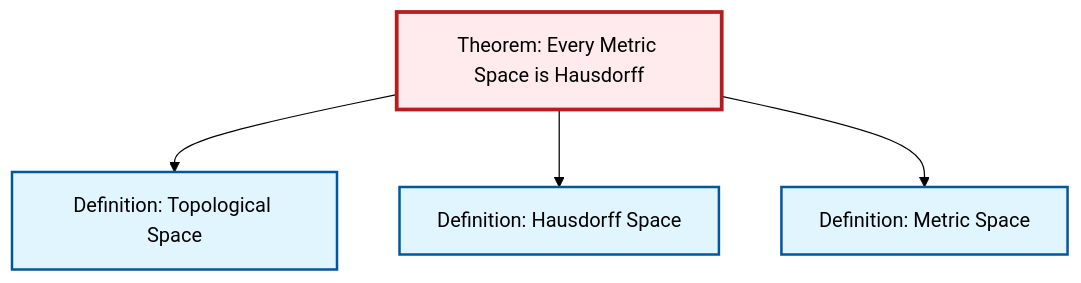
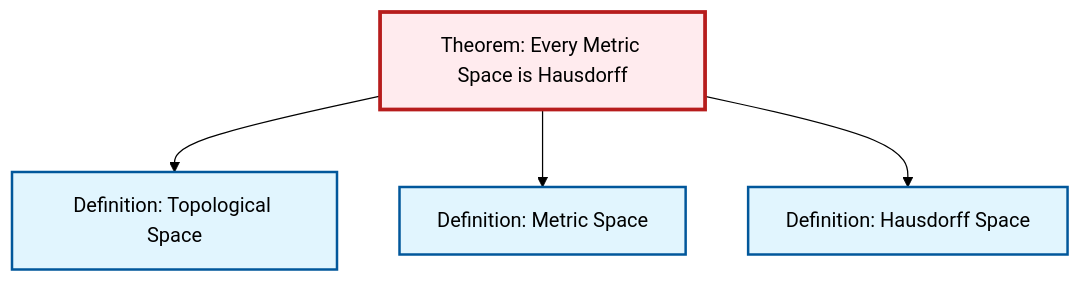
One commit to RK0429/ModernMath changed the diagram in content/en/topology/thm-metric-hausdorff.qmd. Above: the diagram before and after it, drawn with Mermaid (forest theme). The commit also changed other lines of this file and 474 other files, not shown here.

````diff
--- a/content/en/topology/thm-metric-hausdorff.qmd
+++ b/content/en/topology/thm-metric-hausdorff.qmd
@@ -62,20 +62,20 @@
 ```{mermaid}
 %%| fig-cap: "Local dependency graph"
 graph TD
     classDef definition fill:#e1f5fe,stroke:#01579b,stroke-width:2px
     classDef theorem fill:#f3e5f5,stroke:#4a148c,stroke-width:2px
     classDef axiom fill:#fff3e0,stroke:#e65100,stroke-width:2px
     classDef example fill:#e8f5e9,stroke:#1b5e20,stroke-width:2px
     classDef current fill:#ffebee,stroke:#b71c1c,stroke-width:3px
+    def-hausdorff["Definition: Hausdorff Space"]:::definition
+    def-metric-space["Definition: Metric Space"]:::definition
+    thm-metric-hausdorff["Theorem: Every Metric Space is Hausdorff"]:::theorem
     def-topological-space["Definition: Topological Space"]:::definition
-    def-hausdorff["Definition: Hausdorff Space"]:::definition
-    thm-metric-hausdorff["Theorem: Every Metric Space is Hausdorff"]:::theorem
-    def-metric-space["Definition: Metric Space"]:::definition
     thm-metric-hausdorff --> def-topological-space
+    thm-metric-hausdorff --> def-metric-space
     thm-metric-hausdorff --> def-hausdorff
-    thm-metric-hausdorff --> def-metric-space
     class thm-metric-hausdorff current
-    click def-topological-space "def-topological-space.html" "Go to Topological Space definition"
     click def-hausdorff "def-hausdorff.html" "Go to Hausdorff Space definition"
     click def-metric-space "def-metric-space.html" "Go to Metric Space definition"
+    click def-topological-space "def-topological-space.html" "Go to Topological Space definition"
 ```
````
